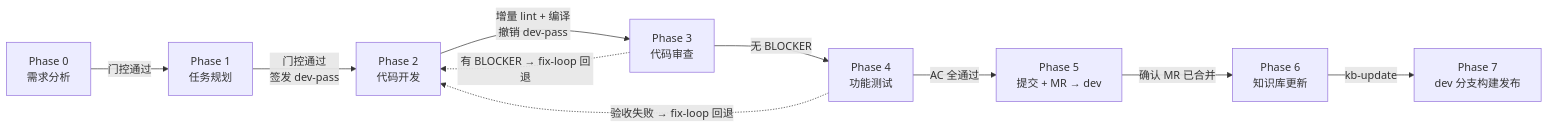
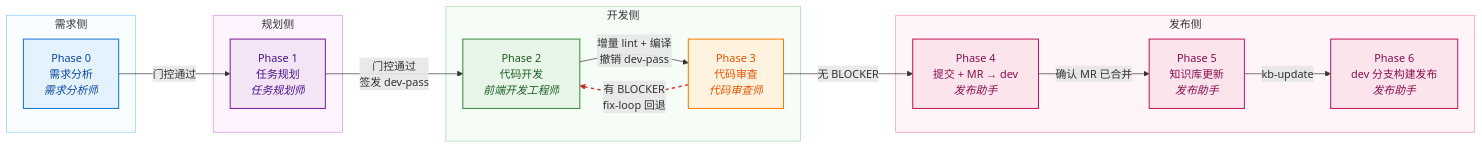
Before and after one commit to JayCJP/harnessflow: the first of 2 diagrams in README.md, drawn with Mermaid. The commit also changed other lines of this file and 30 other files, not shown here.

````diff
--- a/README.md
+++ b/README.md
@@ -48,13 +47,44 @@
 ```mermaid
 flowchart LR
-    P0["Phase 0<br/>需求分析"] -->|"门控通过"| P1["Phase 1<br/>任务规划"]
-    P1 -->|"门控通过<br/>签发 dev-pass"| P2["Phase 2<br/>代码开发"]
-    P2 -->|"增量 lint + 编译<br/>撤销 dev-pass"| P3["Phase 3<br/>代码审查"]
-    P3 -->|"无 BLOCKER"| P4["Phase 4<br/>功能测试"]
-    P4 -->|"AC 全通过"| P5["Phase 5<br/>提交 + MR → dev"]
-    P5 -->|"确认 MR 已合并"| P6["Phase 6<br/>知识库更新"]
-    P6 -->|"kb-update"| P7["Phase 7<br/>dev 分支构建发布"]
+    subgraph SG1["需求侧"]
+        P0["Phase 0<br/>需求分析<br/><i>需求分析师</i>"]
+    end
+    subgraph SG2["规划侧"]
+        P1["Phase 1<br/>任务规划<br/><i>任务规划师</i>"]
+    end
+    subgraph SG3["开发侧"]
+        P2["Phase 2<br/>代码开发<br/><i>前端开发工程师</i>"]
+        P3["Phase 3<br/>代码审查<br/><i>代码审查师</i>"]
+    end
+    subgraph SG4["发布侧"]
+        P4["Phase 4<br/>提交 + MR → dev<br/><i>发布助手</i>"]
+        P5["Phase 5<br/>知识库更新<br/><i>发布助手</i>"]
+        P6["Phase 6<br/>dev 分支构建发布<br/><i>发布助手</i>"]
+    end
 
-    P3 -.->|"有 BLOCKER → fix-loop 回退"| P2
-    P4 -.->|"验收失败 → fix-loop 回退"| P2
+    P0 -->|"门控通过"| P1
+    P1 -->|"门控通过<br/>签发 dev-pass"| P2
+    P2 -->|"增量 lint + 编译<br/>撤销 dev-pass"| P3
+    P3 -->|"无 BLOCKER"| P4
+    P4 -->|"确认 MR 已合并"| P5
+    P5 -->|"kb-update"| P6
+    P3 -.->|"有 BLOCKER<br/>fix-loop 回退"| P2
+
+    classDef analysis fill:#e3f2fd,stroke:#1976d2,color:#0d47a1,stroke-width:1.5px
+    classDef plan fill:#f3e5f5,stroke:#7b1fa2,color:#4a148c,stroke-width:1.5px
+    classDef dev fill:#e8f5e9,stroke:#388e3c,color:#1b5e20,stroke-width:1.5px
+    classDef review fill:#fff3e0,stroke:#f57c00,color:#e65100,stroke-width:1.5px
+    classDef release fill:#fce4ec,stroke:#c2185b,color:#880e4f,stroke-width:1.5px
+
+    class P0 analysis
+    class P1 plan
+    class P2 dev
+    class P3 review
+    class P4,P5,P6 release
+
+    linkStyle 6 stroke:#c62828,stroke-width:2px,stroke-dasharray:5 5
+    style SG1 fill:#f8fdff,stroke:#90caf9
+    style SG2 fill:#fdf4ff,stroke:#ce93d8
+    style SG3 fill:#f6fdf7,stroke:#a5d6a7
+    style SG4 fill:#fff5f8,stroke:#f48fb1
 ```
````
